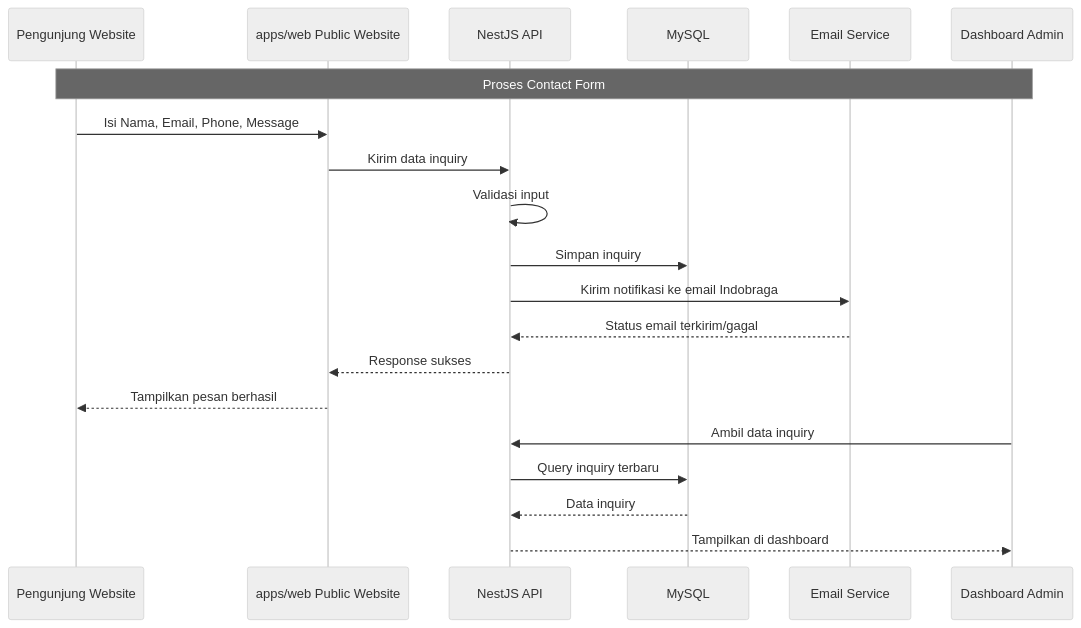
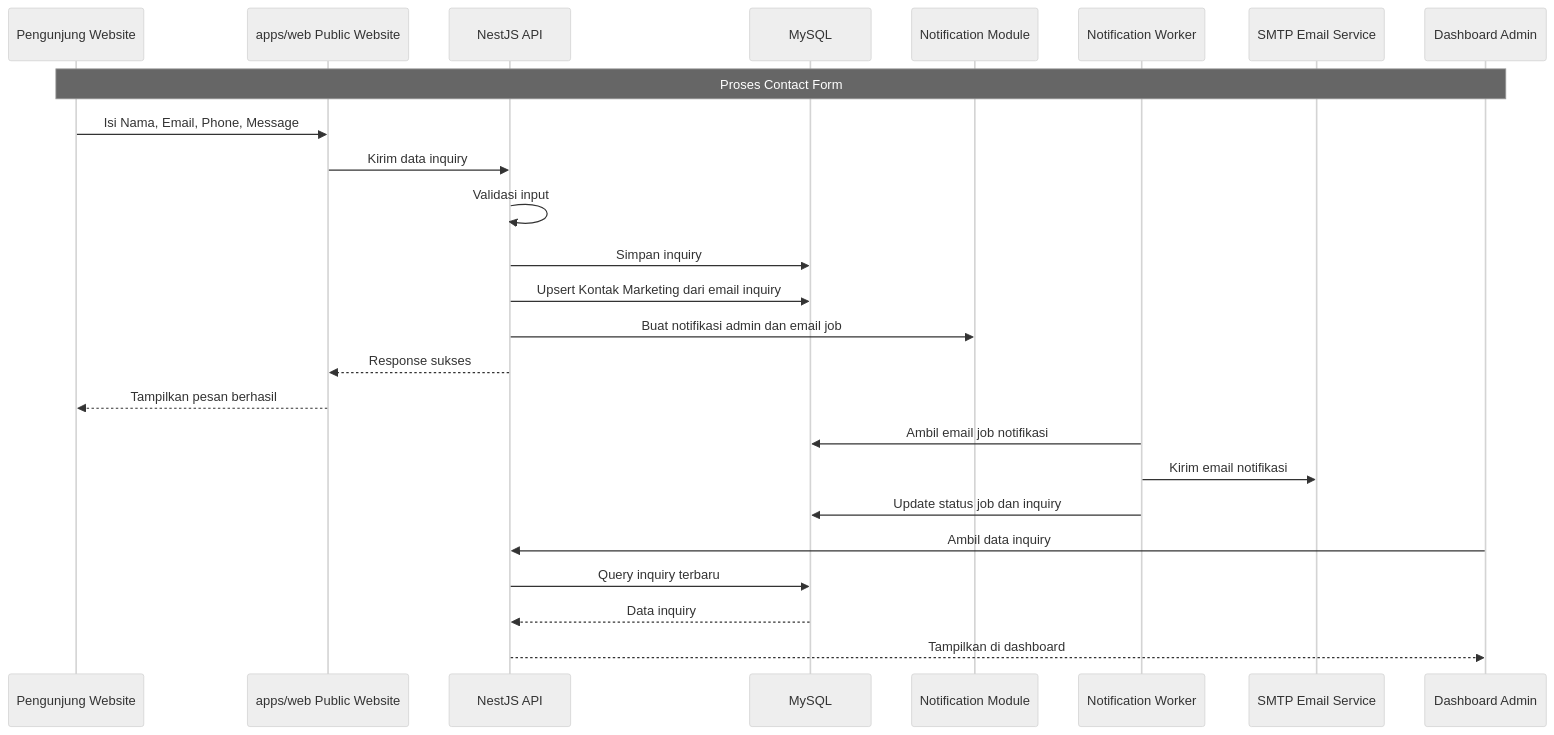
One commit to AmandaYora/indobraga-company-profile changed the second of 6 diagrams in PRD.md. Above: the diagram before and after it, drawn with Mermaid (neutral theme). The commit also changed other lines of this file and 43 other files, not shown here.

````diff
--- a/PRD.md
+++ b/PRD.md
@@ -473,24 +491,29 @@
 ```mermaid
 sequenceDiagram
     participant Visitor as Pengunjung Website
     participant Web as apps/web Public Website
     participant API as NestJS API
     participant DB as MySQL
-    participant Mail as Email Service
+    participant Notif as Notification Module
+    participant Worker as Notification Worker
+    participant Mail as SMTP Email Service
     participant Admin as Dashboard Admin
 
     Note over Visitor, Admin: Proses Contact Form
 
     Visitor->>Web: Isi Nama, Email, Phone, Message
     Web->>API: Kirim data inquiry
     API->>API: Validasi input
     API->>DB: Simpan inquiry
-    API->>Mail: Kirim notifikasi ke email Indobraga
-    Mail-->>API: Status email terkirim/gagal
+    API->>DB: Upsert Kontak Marketing dari email inquiry
+    API->>Notif: Buat notifikasi admin dan email job
     API-->>Web: Response sukses
     Web-->>Visitor: Tampilkan pesan berhasil
+    Worker->>DB: Ambil email job notifikasi
+    Worker->>Mail: Kirim email notifikasi
+    Worker->>DB: Update status job dan inquiry
     Admin->>API: Ambil data inquiry
     API->>DB: Query inquiry terbaru
     DB-->>API: Data inquiry
     API-->>Admin: Tampilkan di dashboard
 ```
````
